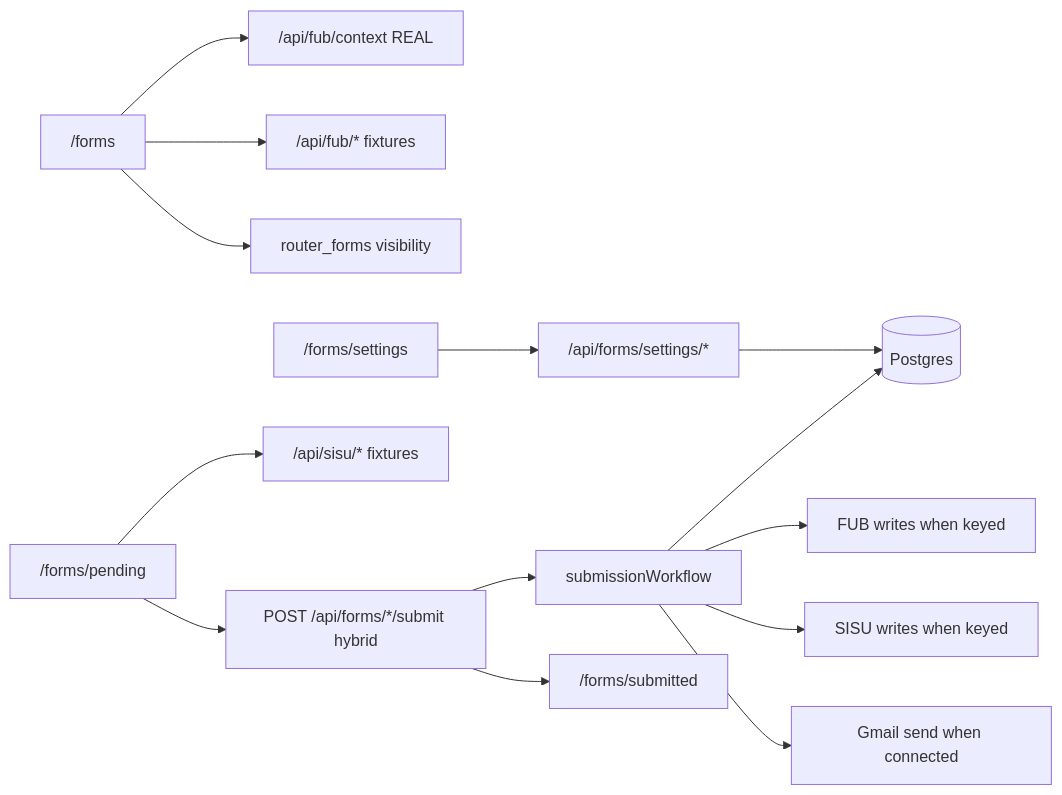
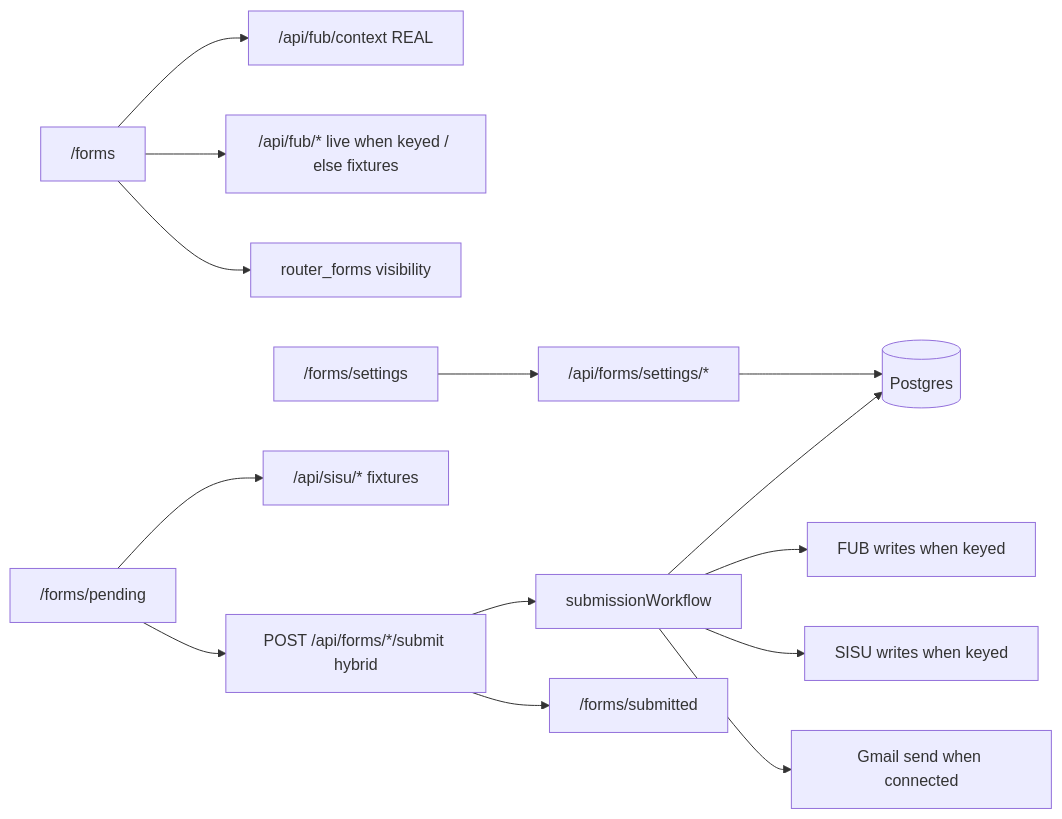
Before and after one commit to baraagency/forms-template: the diagram in docs/template-overview.md, drawn with Mermaid. The commit also changed 65 other files, not shown here.

````diff
--- a/docs/template-overview.md
+++ b/docs/template-overview.md
@@ -5,16 +5,16 @@
 ```mermaid
 flowchart LR
   Router["/forms"] --> Context["/api/fub/context REAL"]
-  Router --> MockFub["/api/fub/* fixtures"]
+  Router --> MockFub["/api/fub/* live when keyed / else fixtures"]
   Router --> RouterForms["router_forms visibility"]
   Settings["/forms/settings"] --> SettingsApi["/api/forms/settings/*"]
   SettingsApi --> Postgres[(Postgres)]
   Pending["/forms/pending"] --> MockSisu["/api/sisu/* fixtures"]
   Pending --> Submit["POST /api/forms/*/submit hybrid"]
   Submit --> Orch["submissionWorkflow"]
   Orch --> Postgres
   Orch --> FubLive["FUB writes when keyed"]
   Orch --> SisuLive["SISU writes when keyed"]
   Orch --> Gmail["Gmail send when connected"]
   Submit --> Submitted["/forms/submitted"]
 ```
````
